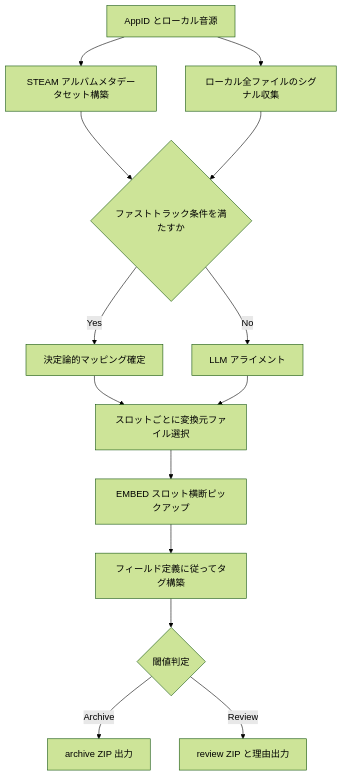
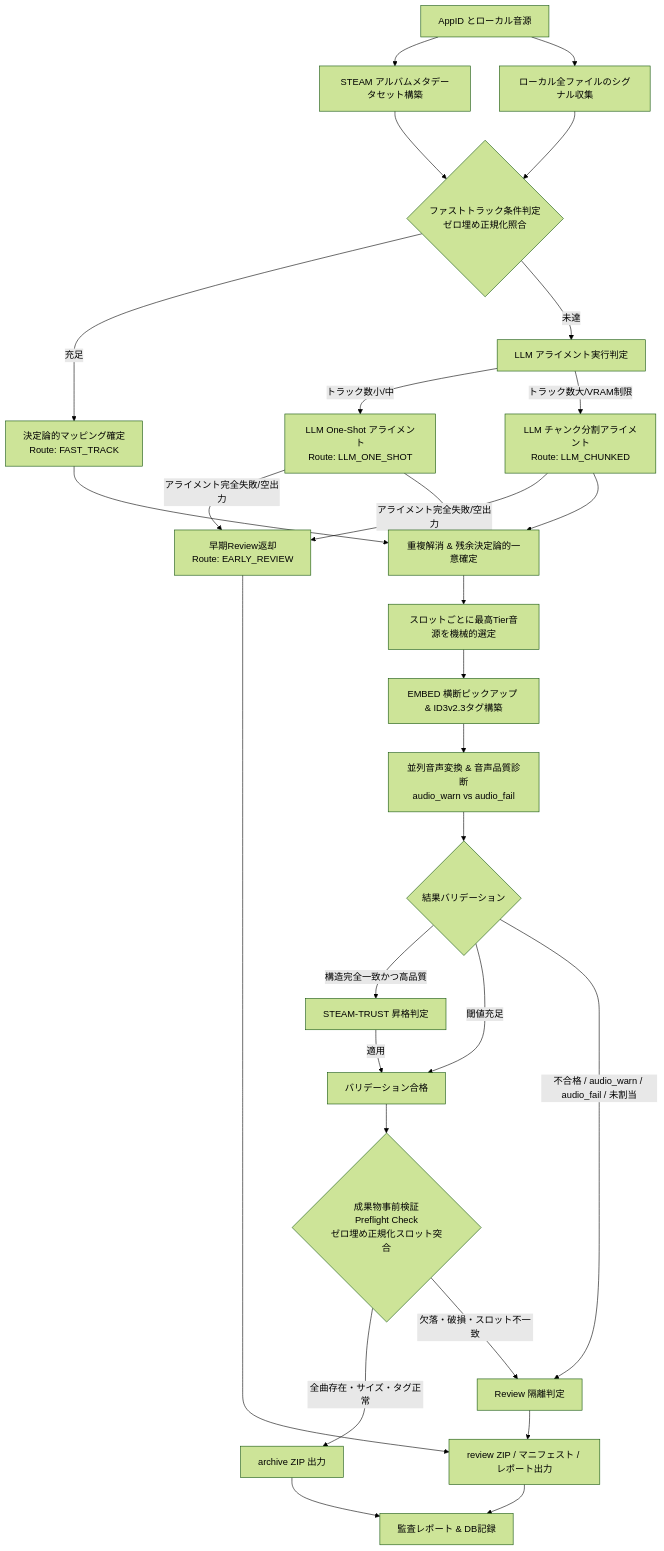
One commit to dEAdbEEF314/S.S.T changed the first of 3 diagrams in docs/data_flow_diagram.md. Above: the diagram before and after it, drawn with Mermaid (forest theme). The commit also changed other lines of this file and 26 other files, not shown here.

````diff
--- a/docs/data_flow_diagram.md
+++ b/docs/data_flow_diagram.md
@@ -5,16 +5,45 @@
 ```mermaid
 flowchart TD
     A[AppID とローカル音源] --> B[STEAM アルバムメタデータセット構築]
     A --> C[ローカル全ファイルのシグナル収集]
-    B --> D{ファストトラック条件を満たすか}
+    B --> D{ファストトラック条件判定<br/>ゼロ埋め正規化照合}
     C --> D
-    D -->|Yes| E[決定論的マッピング確定]
-    D -->|No| F[LLM アライメント]
-    E --> G[スロットごとに変換元ファイル選択]
-    F --> G
-    G --> H[EMBED スロット横断ピックアップ]
-    H --> I[フィールド定義に従ってタグ構築]
-    I --> J{閾値判定}
-    J -->|Archive| K[archive ZIP 出力]
-    J -->|Review| L[review ZIP と理由出力]
+    
+    %% Route 1: FAST_TRACK
+    D -->|充足| E1[決定論的マッピング確定<br/>Route: FAST_TRACK]
+    
+    %% LLM Routes
+    D -->|未達| F[LLM アライメント実行判定]
+    F -->|トラック数小/中| E2[LLM One-Shot アライメント<br/>Route: LLM_ONE_SHOT]
+    F -->|トラック数大/VRAM制限| E3[LLM チャンク分割アライメント<br/>Route: LLM_CHUNKED]
+    
+    %% Early Review
+    E2 -->|アライメント完全失敗/空出力| ER[早期Review返却<br/>Route: EARLY_REVIEW]
+    E3 -->|アライメント完全失敗/空出力| ER
+    
+    %% Post Alignment
+    E1 --> G[重複解消 & 残余決定論的一意確定]
+    E2 --> G
+    E3 --> G
+    
+    G --> H[スロットごとに最高Tier音源を機械的選定]
+    H --> I[EMBED 横断ピックアップ & ID3v2.3タグ構築]
+    I --> J[並列音声変換 & 音声品質診断<br/>audio_warn vs audio_fail]
+    
+    %% Validation & STEAM-TRUST
+    J --> K{結果バリデーション}
+    K -->|構造完全一致かつ高品質| ST[STEAM-TRUST 昇格判定]
+    K -->|閾値充足| V_OK[バリデーション合格]
+    ST -->|適用| V_OK
+    K -->|不合格 / audio_warn / audio_fail / 未割当| REV[Review 隔離判定]
+    
+    %% Preflight Check
+    V_OK --> PF{成果物事前検証<br/>Preflight Check<br/>ゼロ埋め正規化スロット突合}
+    PF -->|全曲存在・サイズ・タグ正常| ARCH[archive ZIP 出力]
+    PF -->|欠落・破損・スロット不一致| REV
+    
+    ER --> REV_OUT[review ZIP / マニフェスト / レポート出力]
+    REV --> REV_OUT
+    ARCH --> REP[監査レポート & DB記録]
+    REV_OUT --> REP
 ```
````
